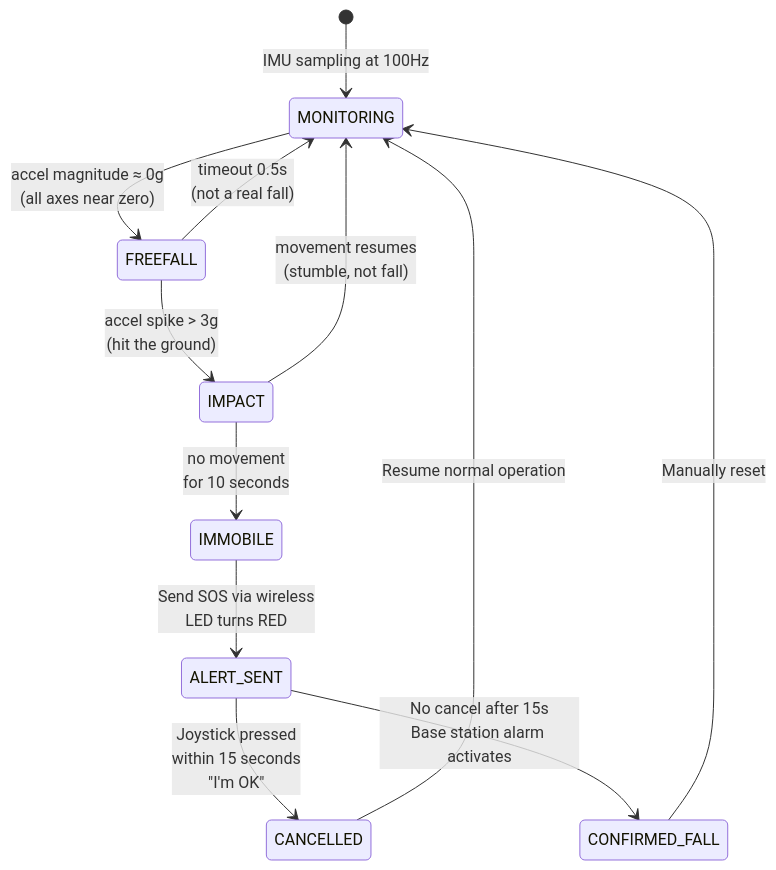
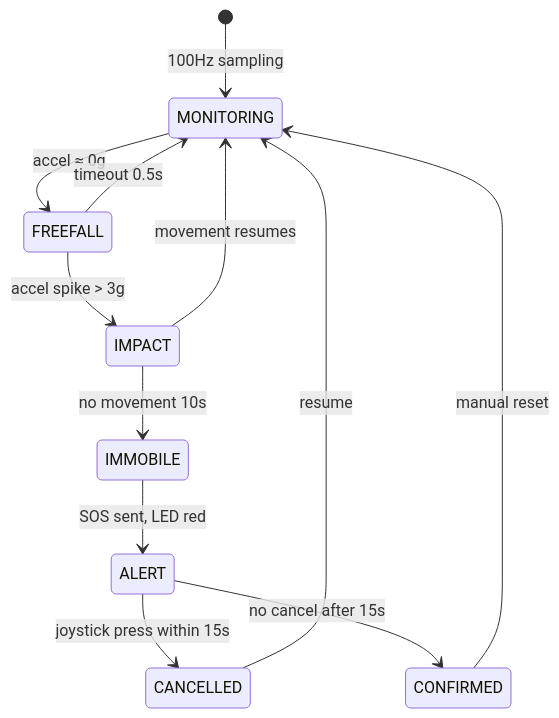
The third of 9 diagrams in docs/steadyhand-proposal.md (doyun-gu/hack-a-bot-2026), drawn with Mermaid before and after one commit. The commit also changed other lines of this file and 3 other files, not shown here.

First line of the commit message:
Clean up diagrams + add EEE theory + ventilation application

````diff
--- a/docs/steadyhand-proposal.md
+++ b/docs/steadyhand-proposal.md
@@ -124,19 +100,19 @@
 ```mermaid
 stateDiagram-v2
-    [*] --> MONITORING: IMU sampling at 100Hz
+    [*] --> MONITORING: 100Hz sampling
 
-    MONITORING --> FREEFALL: accel magnitude ≈ 0g<br/>(all axes near zero)
-    FREEFALL --> MONITORING: timeout 0.5s<br/>(not a real fall)
+    MONITORING --> FREEFALL: accel ≈ 0g
+    FREEFALL --> MONITORING: timeout 0.5s
 
-    FREEFALL --> IMPACT: accel spike > 3g<br/>(hit the ground)
-    IMPACT --> MONITORING: movement resumes<br/>(stumble, not fall)
+    FREEFALL --> IMPACT: accel spike > 3g
+    IMPACT --> MONITORING: movement resumes
 
-    IMPACT --> IMMOBILE: no movement<br/>for 10 seconds
+    IMPACT --> IMMOBILE: no movement 10s
 
-    IMMOBILE --> ALERT_SENT: Send SOS via wireless<br/>LED turns RED
-    ALERT_SENT --> CANCELLED: Joystick pressed<br/>within 15 seconds<br/>"I'm OK"
-    ALERT_SENT --> CONFIRMED_FALL: No cancel after 15s<br/>Base station alarm activates
+    IMMOBILE --> ALERT: SOS sent, LED red
+    ALERT --> CANCELLED: joystick press within 15s
+    ALERT --> CONFIRMED: no cancel after 15s
 
-    CANCELLED --> MONITORING: Resume normal operation
-    CONFIRMED_FALL --> MONITORING: Manually reset
+    CANCELLED --> MONITORING: resume
+    CONFIRMED --> MONITORING: manual reset
 ```
````
